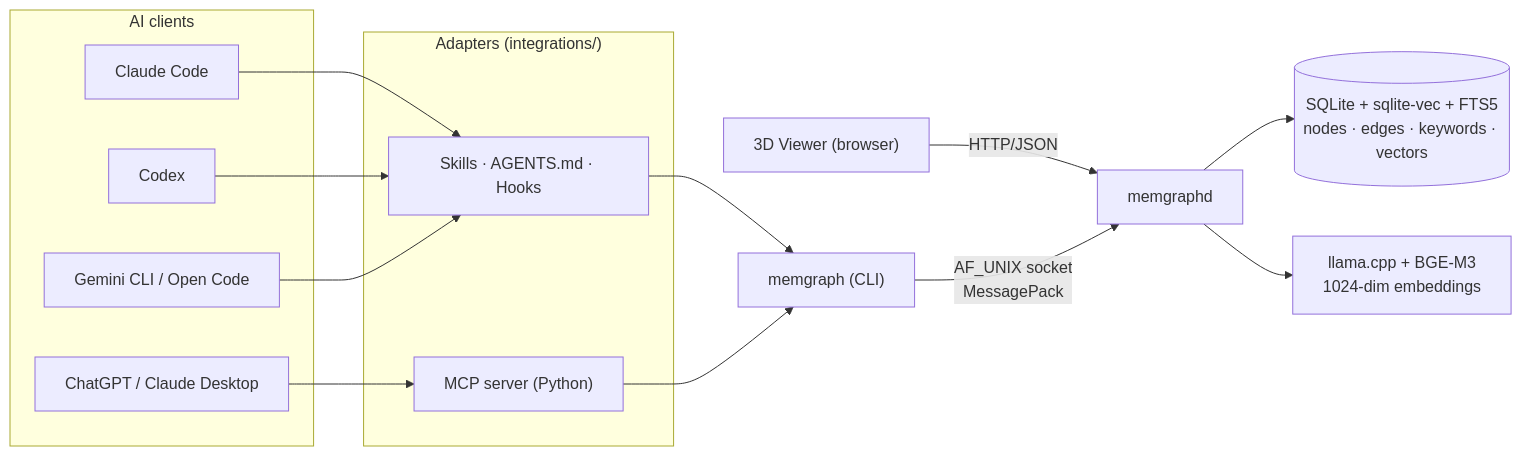
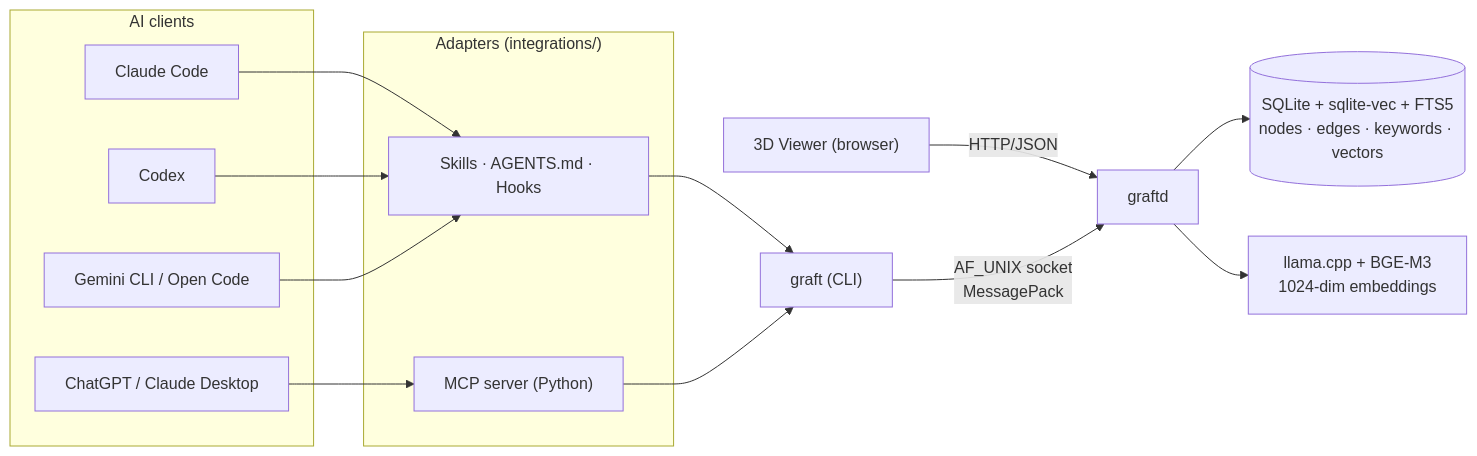
Before and after one commit to AEndrix03/Graft: the diagram in README.md, drawn with Mermaid. The commit also changed other lines of this file and 101 other files, not shown here.

````diff
--- a/README.md
+++ b/README.md
@@ -284,27 +284,27 @@
 ```mermaid
 flowchart LR
     subgraph Clients["AI clients"]
       A1["Claude Code"]
       A2["Codex"]
       A3["ChatGPT / Claude Desktop"]
       A4["Gemini CLI / Open Code"]
     end
 
     subgraph Adapters["Adapters (integrations/)"]
       S["Skills · AGENTS.md · Hooks"]
       M["MCP server (Python)"]
     end
 
     Browser["3D Viewer (browser)"]
 
     A1 --> S
     A2 --> S
     A4 --> S
     A3 --> M
-    S --> CLI["memgraph (CLI)"]
+    S --> CLI["graft (CLI)"]
     M --> CLI
     Browser -->|HTTP/JSON| Daemon
-    CLI -->|AF_UNIX socket<br/>MessagePack| Daemon["memgraphd"]
+    CLI -->|AF_UNIX socket<br/>MessagePack| Daemon["graftd"]
     Daemon --> Storage[("SQLite + sqlite-vec + FTS5<br/>nodes · edges · keywords · vectors")]
     Daemon --> Embed["llama.cpp + BGE-M3<br/>1024-dim embeddings"]
 ```
````
